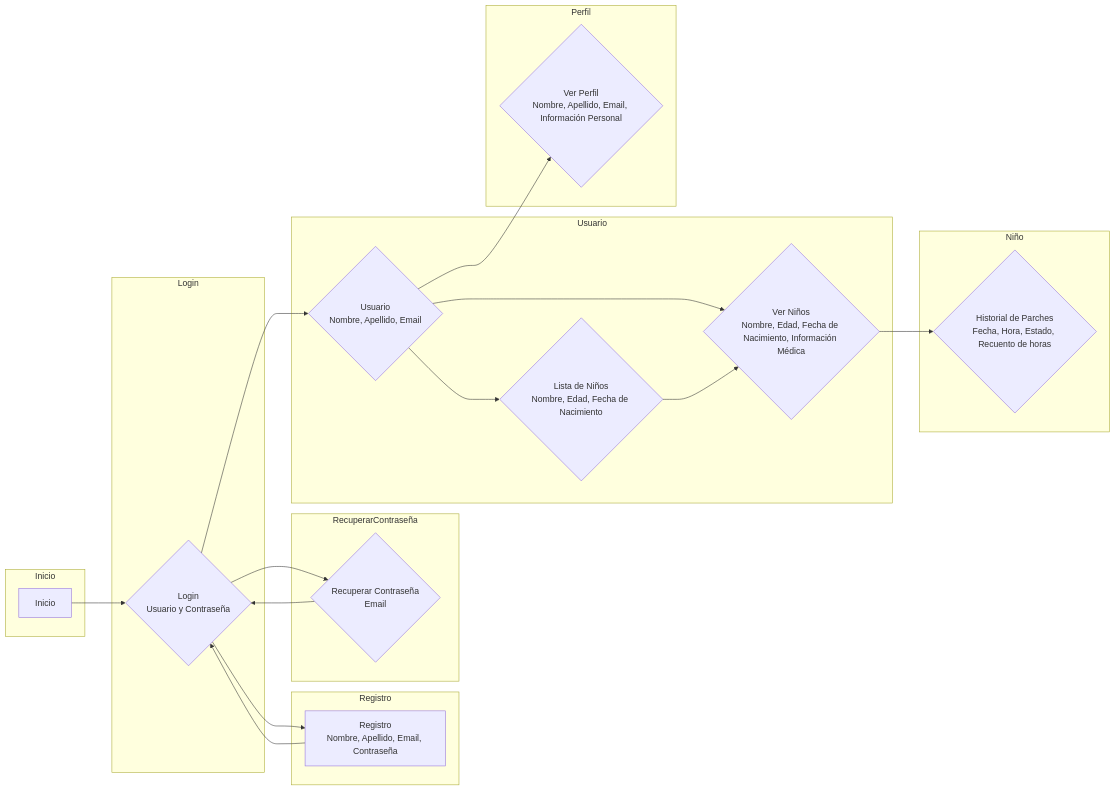
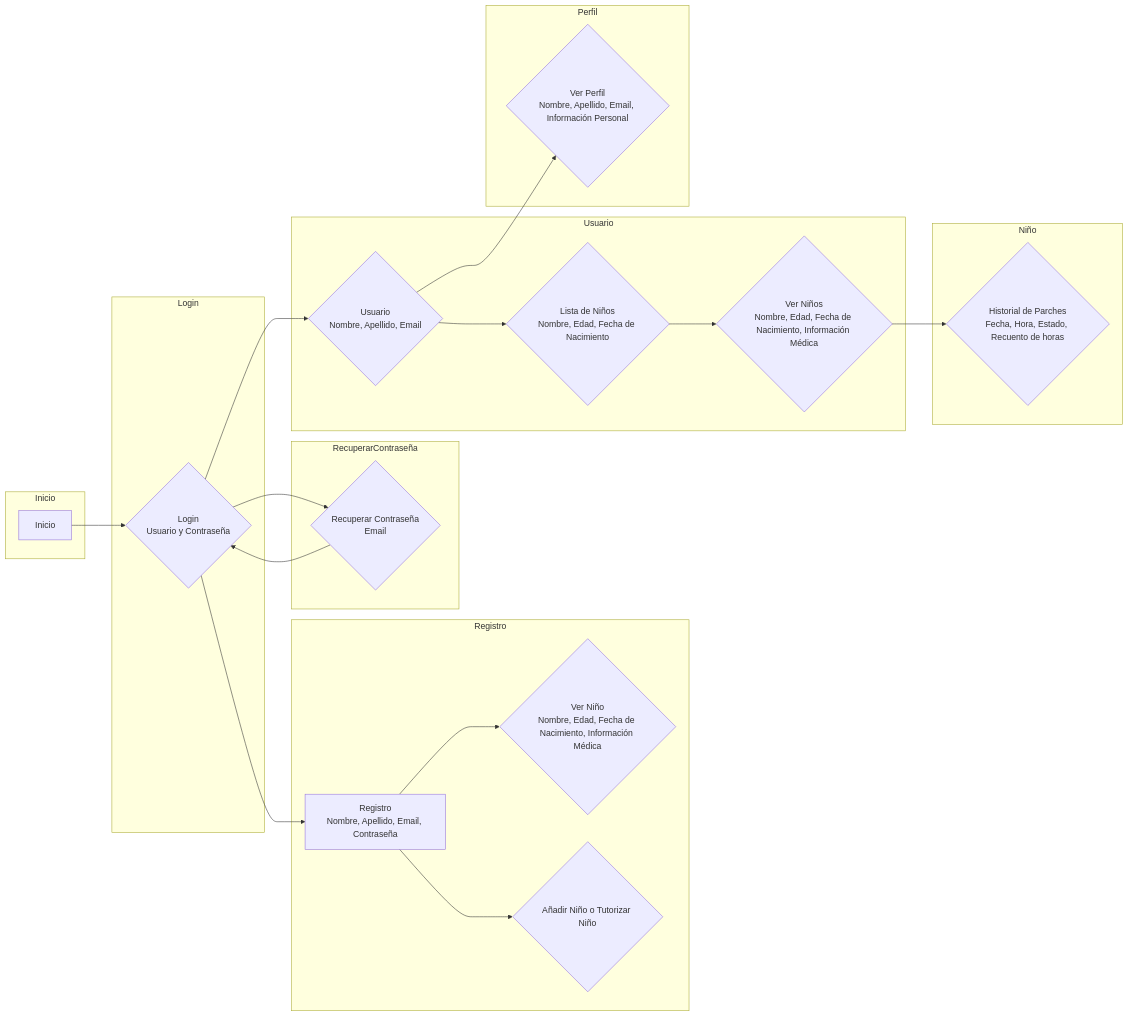
Before and after one commit to mactiburon/tapatapp: the diagram in Prototype1/DiagramaVista.mermaid, drawn with Mermaid.

Commit message:
DiagramaVista.mermaid

```diff
--- a/Prototype1/DiagramaVista.mermaid
+++ b/Prototype1/DiagramaVista.mermaid
@@ -1,36 +1,38 @@
 graph LR
     subgraph Inicio
         A[Inicio]
     end
     subgraph Login
         B{Login<br>Usuario y Contraseña}
     end
     subgraph Registro
         C[Registro<br>Nombre, Apellido, Email, Contraseña]
+        D{Ver Niño<br>Nombre, Edad, Fecha de Nacimiento, Información Médica}
+        E{Añadir Niño o Tutorizar Niño}
     end
     subgraph RecuperarContraseña
-        D{Recuperar Contraseña<br>Email}
+        F{Recuperar Contraseña<br>Email}
     end
     subgraph Usuario
-        E{Usuario<br>Nombre, Apellido, Email}
-        I{Lista de Niños<br>Nombre, Edad, Fecha de Nacimiento}
-        G{Ver Niños<br>Nombre, Edad, Fecha de Nacimiento, Información Médica}
+        G{Usuario<br>Nombre, Apellido, Email}
+        H{Lista de Niños<br>Nombre, Edad, Fecha de Nacimiento}
+        I{Ver Niños<br>Nombre, Edad, Fecha de Nacimiento, Información Médica}
     end
     subgraph Perfil
-        F{Ver Perfil<br>Nombre, Apellido, Email, Información Personal}
+        J{Ver Perfil<br>Nombre, Apellido, Email, Información Personal}
     end
     subgraph Niño
-        H{Historial de Parches<br>Fecha, Hora, Estado, Recuento de horas}
+        K{Historial de Parches<br>Fecha, Hora, Estado, Recuento de horas}
     end
 
     A --> B
     B --> C
-    B --> D
-    C --> B
-    D --> B
-    B --> E
-    E --> F
-    E --> I
-    E --> G
-    I --> G
+    C --> D
+    C --> E
+    B --> F
+    F --> B
+    B --> G
+    G --> J
     G --> H
+    H --> I
+    I --> K
```
